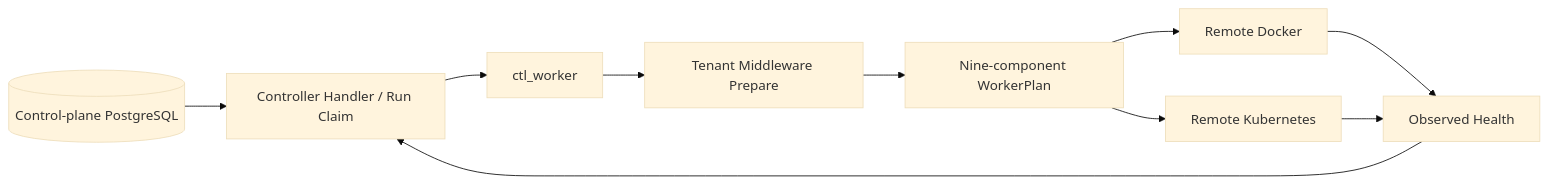
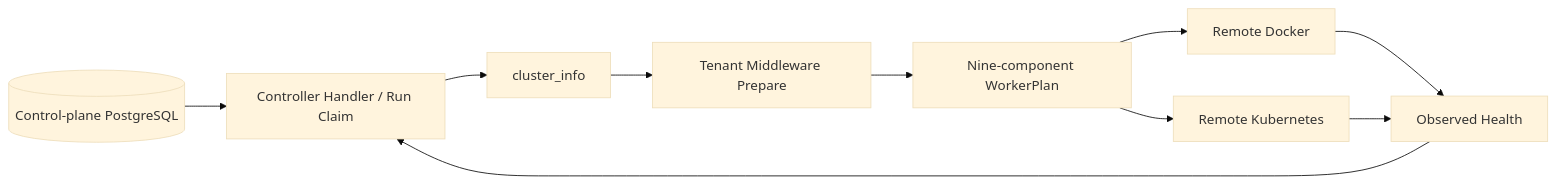
One commit to sigbot-labs/sigbot-core changed the diagram in docs/architecture/engine/controller/overview.md. Above: the diagram before and after it, drawn with Mermaid (base theme). The commit also changed other lines of this file and 320 other files, not shown here.

````diff
--- a/docs/architecture/engine/controller/overview.md
+++ b/docs/architecture/engine/controller/overview.md
@@ -23,12 +23,12 @@
 ```mermaid
 flowchart LR
     ControlDB[(Control-plane PostgreSQL)] --> Claim[Controller Handler / Run Claim]
-    Claim --> Target[ctl_worker]
+    Claim --> Target[cluster_info]
     Target --> Prepare[Tenant Middleware Prepare]
     Prepare --> Plan[Nine-component WorkerPlan]
     Plan --> Docker[Remote Docker]
     Plan --> Kubernetes[Remote Kubernetes]
     Docker --> Status[Observed Health]
     Kubernetes --> Status
     Status --> Claim
 ```
````
